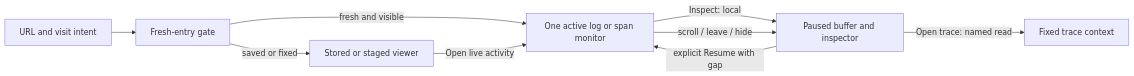
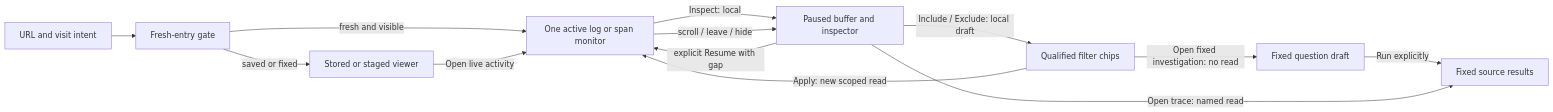
The diagram in docs/LIVE_ACTIVITY.md (casselc/goo), drawn with Mermaid before and after one commit. The commit also changed other lines of this file and 32 other files, not shown here.

````diff
--- a/docs/LIVE_ACTIVITY.md
+++ b/docs/LIVE_ACTIVITY.md
@@ -40,11 +40,15 @@
 ```mermaid
 flowchart LR
   URL[URL and visit intent] --> Gate[Fresh-entry gate]
   Gate -->|fresh and visible| Monitor[One active log or span monitor]
   Gate -->|saved or fixed| Fixed[Stored or staged viewer]
   Monitor -->|Inspect: local| Held[Paused buffer and inspector]
   Monitor -->|scroll / leave / hide| Held
   Held -->|explicit Resume with gap| Monitor
-  Held -->|Open trace: named read| Context[Fixed trace context]
+  Held -->|Include / Exclude: local draft| Draft[Qualified filter chips]
+  Draft -->|Apply: new scoped read| Monitor
+  Draft -->|Open fixed investigation: no read| Staged[Fixed question draft]
+  Staged -->|Run explicitly| Context[Fixed source results]
+  Held -->|Open trace: named read| Context
   Fixed -->|Open live activity| Monitor
 ```
````
